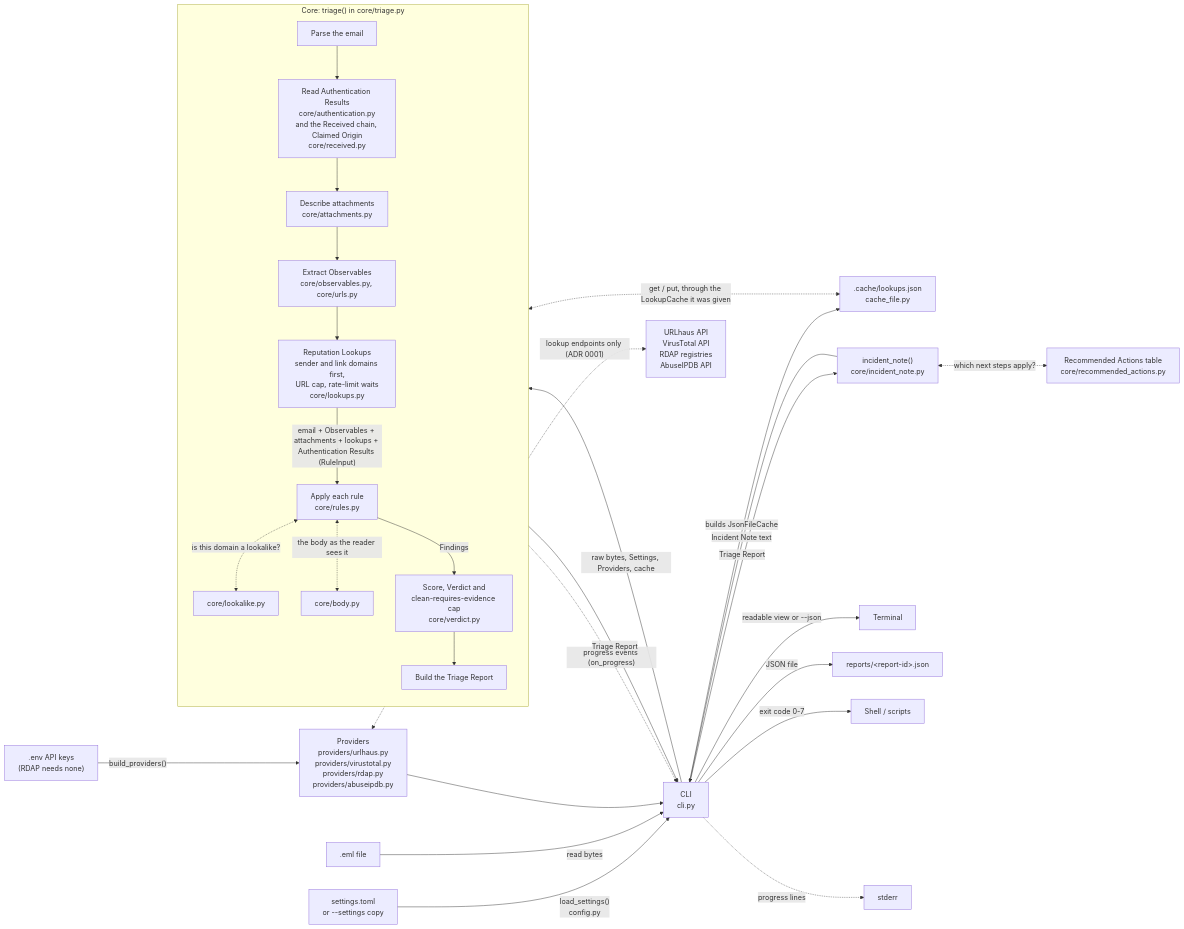
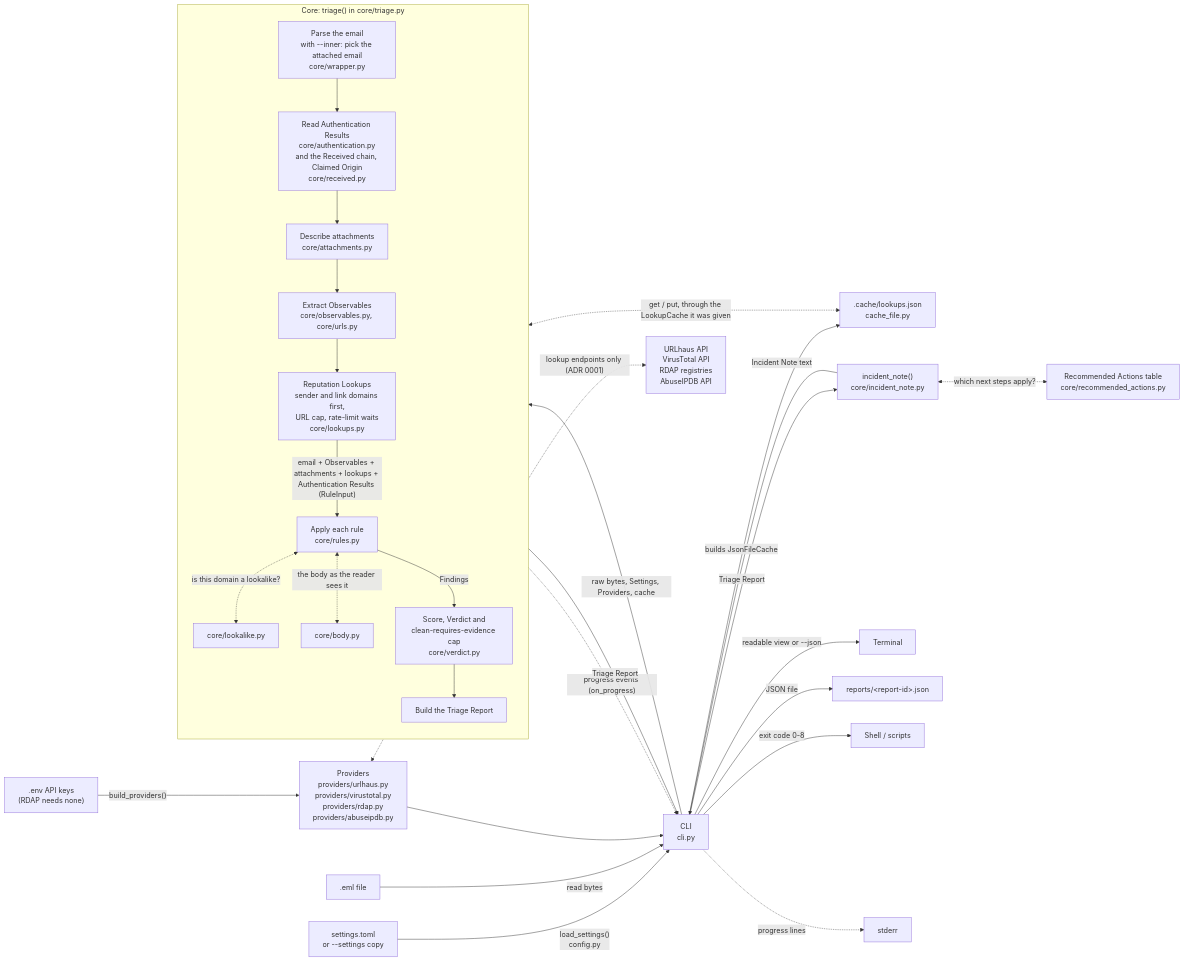
Before and after one commit to GiacomoBarry/phishing-triage: the diagram in docs/ARCHITECTURE.md, drawn with Mermaid. The commit also changed other lines of this file and 4 other files, not shown here.

First line of the commit message:
Document Wrapper Emails and --inner, with ADR 0014

````diff
--- a/docs/ARCHITECTURE.md
+++ b/docs/ARCHITECTURE.md
@@ -17,34 +17,34 @@
 ```mermaid
 flowchart LR
     toml["settings.toml<br/>or --settings copy"] -->|"load_settings()<br/>config.py"| cli
     file[".eml file"] -->|read bytes| cli["CLI<br/>cli.py"]
     env[".env API keys<br/>(RDAP needs none)"] -->|"build_providers()"| providers["Providers<br/>providers/urlhaus.py<br/>providers/virustotal.py<br/>providers/rdap.py<br/>providers/abuseipdb.py"]
     providers --> cli
     providers <-.->|"lookup endpoints only (ADR 0001)"| internet["URLhaus API<br/>VirusTotal API<br/>RDAP registries<br/>AbuseIPDB API"]
     cli -->|"raw bytes, Settings, Providers, cache"| core
     cli -->|"builds JsonFileCache"| cachefile[".cache/lookups.json<br/>cache_file.py"]
     lookups <-.->|"get / put, through the LookupCache it was given"| cachefile
 
     subgraph core["Core: triage() in core/triage.py"]
         direction TB
-        parse["Parse the email"] --> headers["Read Authentication Results<br/>core/authentication.py<br/>and the Received chain, Claimed Origin<br/>core/received.py"]
+        parse["Parse the email<br/>with --inner: pick the attached email<br/>core/wrapper.py"] --> headers["Read Authentication Results<br/>core/authentication.py<br/>and the Received chain, Claimed Origin<br/>core/received.py"]
         headers --> attach["Describe attachments<br/>core/attachments.py"]
         attach --> extract["Extract Observables<br/>core/observables.py, core/urls.py"]
         extract --> lookups["Reputation Lookups<br/>sender and link domains first,<br/>URL cap, rate-limit waits<br/>core/lookups.py"]
         lookups -->|"email + Observables + attachments + lookups + Authentication Results (RuleInput)"| rules["Apply each rule<br/>core/rules.py"]
         rules <-.->|"is this domain a lookalike?"| lookalike["core/lookalike.py"]
         rules <-.->|"the body as the reader sees it"| body["core/body.py"]
         rules -->|Findings| verdict["Score, Verdict and<br/>clean-requires-evidence cap<br/>core/verdict.py"]
         verdict --> build["Build the Triage Report"]
     end
 
     core -->|Triage Report| cli
     cli -->|Triage Report| note["incident_note()<br/>core/incident_note.py"]
     note <-.->|"which next steps apply?"| actions["Recommended Actions table<br/>core/recommended_actions.py"]
     note -->|Incident Note text| cli
     cli -->|readable view or --json| terminal["Terminal"]
     cli -->|JSON file| reports["reports/&lt;report-id&gt;.json"]
-    cli -->|exit code 0-7| shell["Shell / scripts"]
+    cli -->|exit code 0-8| shell["Shell / scripts"]
     lookups -.->|"progress events (on_progress)"| cli
     cli -.->|progress lines| stderr["stderr"]
 ```
````
